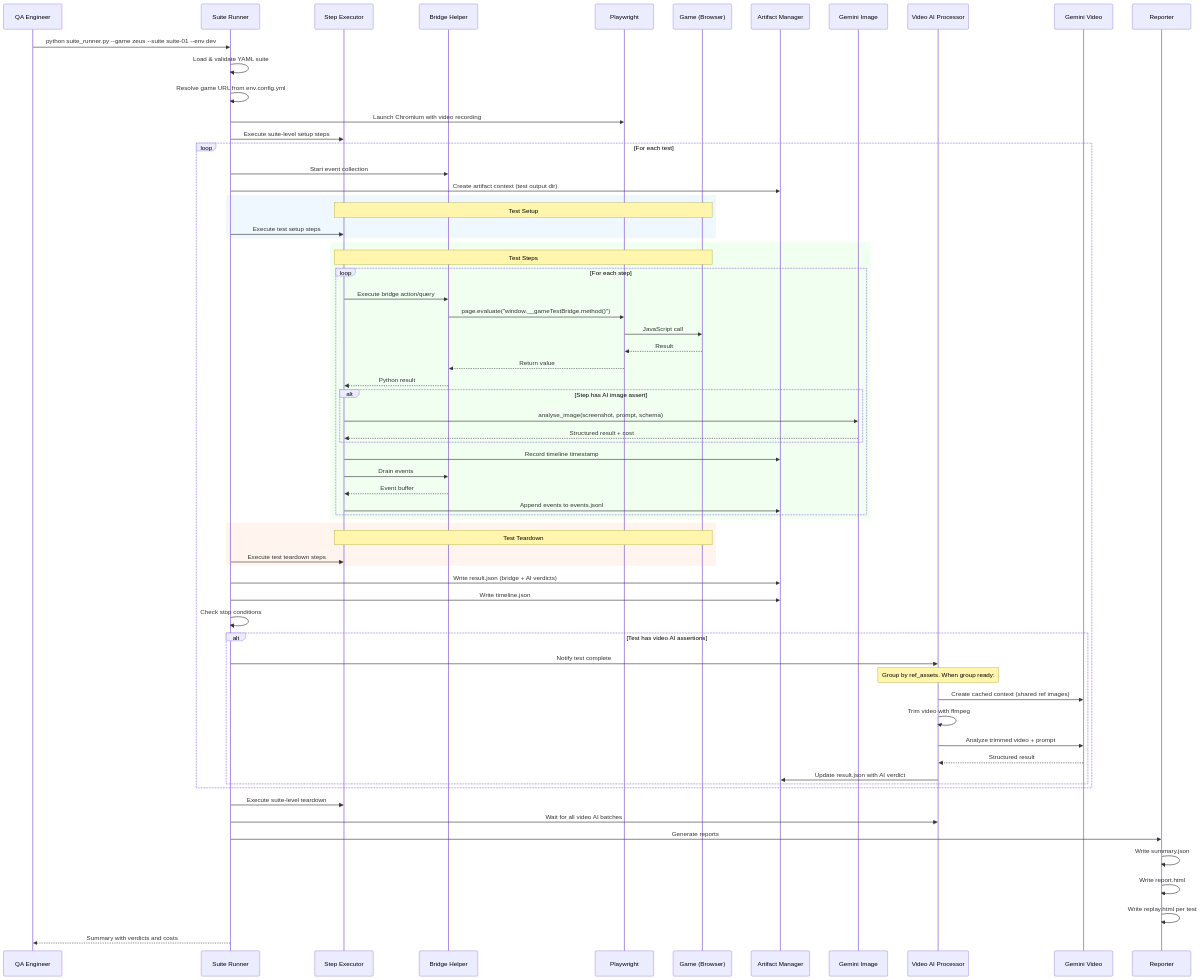
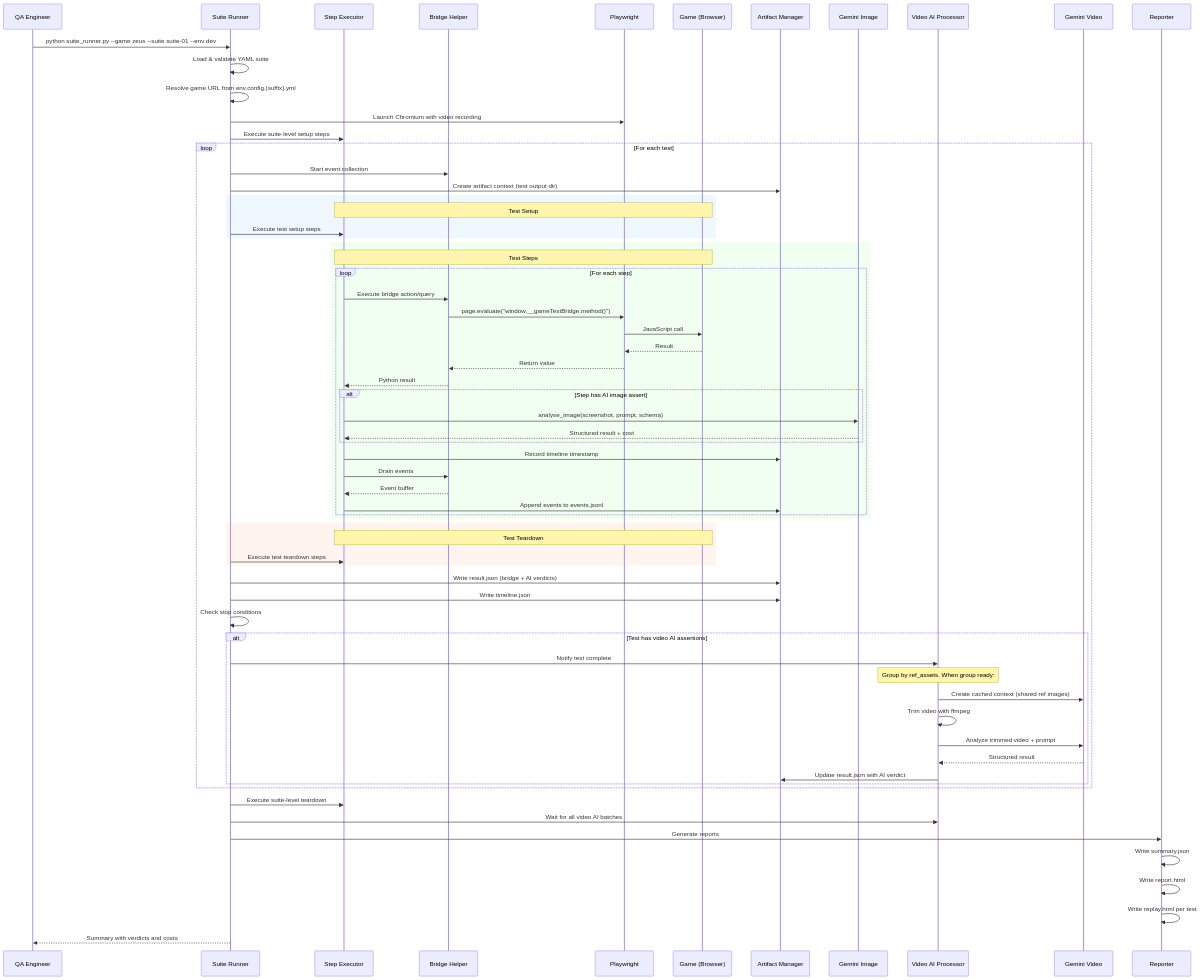
One commit to thaitao2702/QA-Automation changed the second of 3 diagrams in docs/comprehensive-guide.md. Above: the diagram before and after it, drawn with Mermaid. The commit also changed other lines of this file and 265 other files, not shown here.

````diff
--- a/docs/comprehensive-guide.md
+++ b/docs/comprehensive-guide.md
@@ -189,80 +214,80 @@
 ```mermaid
 sequenceDiagram
     participant QA as QA Engineer
     participant SR as Suite Runner
     participant SE as Step Executor
     participant BR as Bridge Helper
     participant PW as Playwright
     participant GAME as Game (Browser)
     participant ART as Artifact Manager
     participant GI as Gemini Image
     participant VAP as Video AI Processor
     participant GV as Gemini Video
     participant REP as Reporter
 
     QA->>SR: python suite_runner.py --game zeus --suite suite-01 --env dev
 
     SR->>SR: Load & validate YAML suite
-    SR->>SR: Resolve game URL from env.config.yml
+    SR->>SR: Resolve game URL from env.config.{suffix}.yml
     SR->>PW: Launch Chromium with video recording
     SR->>SE: Execute suite-level setup steps
 
     loop For each test
         SR->>BR: Start event collection
         SR->>ART: Create artifact context (test output dir)
 
         rect rgb(240, 248, 255)
             Note over SE,GAME: Test Setup
             SR->>SE: Execute test setup steps
         end
 
         rect rgb(240, 255, 240)
             Note over SE,GAME: Test Steps
             loop For each step
                 SE->>BR: Execute bridge action/query
                 BR->>PW: page.evaluate("window.__gameTestBridge.method()")
                 PW->>GAME: JavaScript call
                 GAME-->>PW: Result
                 PW-->>BR: Return value
                 BR-->>SE: Python result
 
                 alt Step has AI image assert
                     SE->>GI: analyse_image(screenshot, prompt, schema)
                     GI-->>SE: Structured result + cost
                 end
 
                 SE->>ART: Record timeline timestamp
                 SE->>BR: Drain events
                 BR-->>SE: Event buffer
                 SE->>ART: Append events to events.jsonl
             end
         end
 
         rect rgb(255, 245, 238)
             Note over SE,GAME: Test Teardown
             SR->>SE: Execute test teardown steps
         end
 
         SR->>ART: Write result.json (bridge + AI verdicts)
         SR->>ART: Write timeline.json
         SR->>SR: Check stop conditions
 
         alt Test has video AI assertions
             SR->>VAP: Notify test complete
             Note over VAP: Group by ref_assets. When group ready:
             VAP->>GV: Create cached context (shared ref images)
             VAP->>VAP: Trim video with ffmpeg
             VAP->>GV: Analyze trimmed video + prompt
             GV-->>VAP: Structured result
             VAP->>ART: Update result.json with AI verdict
         end
     end
 
     SR->>SE: Execute suite-level teardown
     SR->>VAP: Wait for all video AI batches
     SR->>REP: Generate reports
     REP->>REP: Write summary.json
     REP->>REP: Write report.html
     REP->>REP: Write replay.html per test
     SR-->>QA: Summary with verdicts and costs
 ```
````
